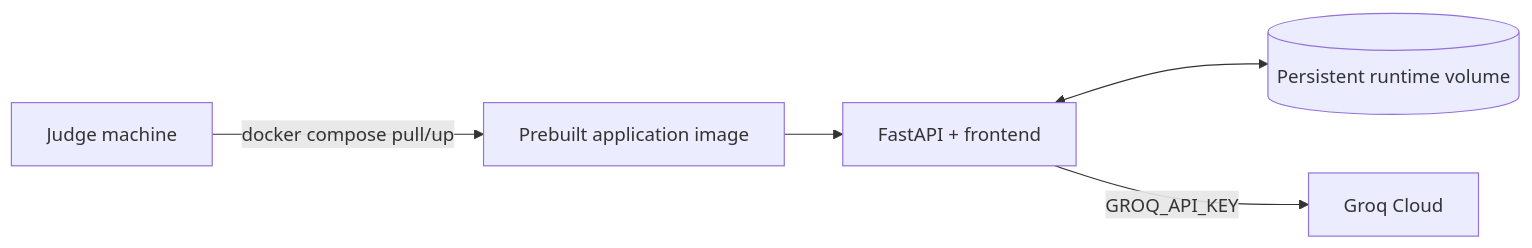
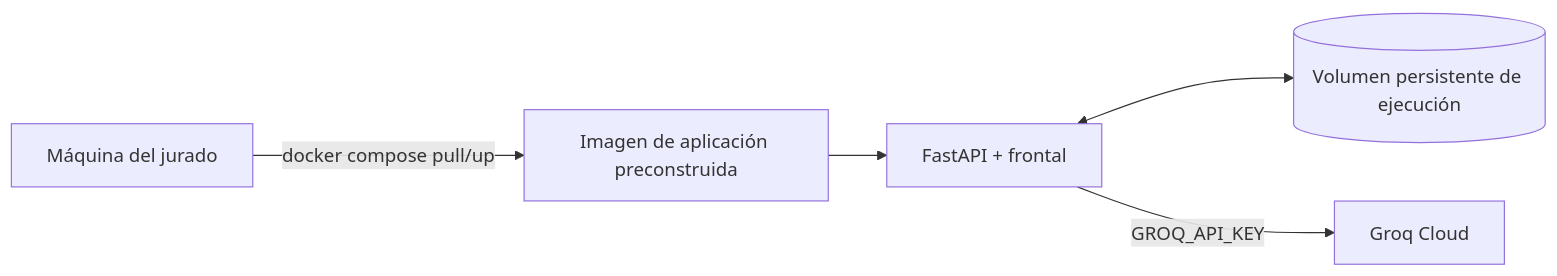
The fourth of 4 diagrams in docs/ARCHITECTURE-DIAGRAM.md (Edigiraldo/tech-sphere-challenge), drawn with Mermaid before and after one commit. The commit also changed other lines of this file and 4 other files, not shown here.

````diff
--- a/docs/ARCHITECTURE-DIAGRAM.md
+++ b/docs/ARCHITECTURE-DIAGRAM.md
@@ -158,13 +158,13 @@
 ```mermaid
 flowchart LR
-    Judge[Judge machine]
-    Image[Prebuilt application image]
-    Volume[(Persistent runtime volume)]
-    App[FastAPI + frontend]
+    Judge[Máquina del jurado]
+    Image[Imagen de aplicación preconstruida]
+    Volume[(Volumen persistente de ejecución)]
+    App[FastAPI + frontal]
     Groq[Groq Cloud]
 
     Judge -->|docker compose pull/up| Image
     Image --> App
     App <--> Volume
     App -->|GROQ_API_KEY| Groq
 ```
````
